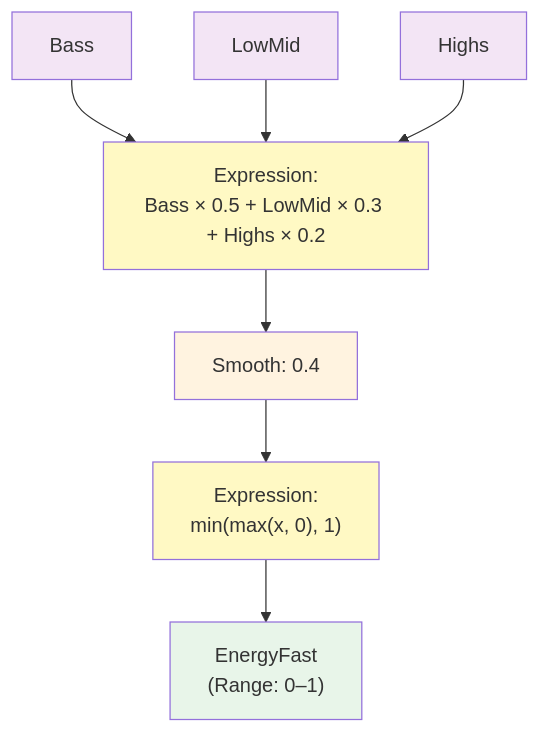
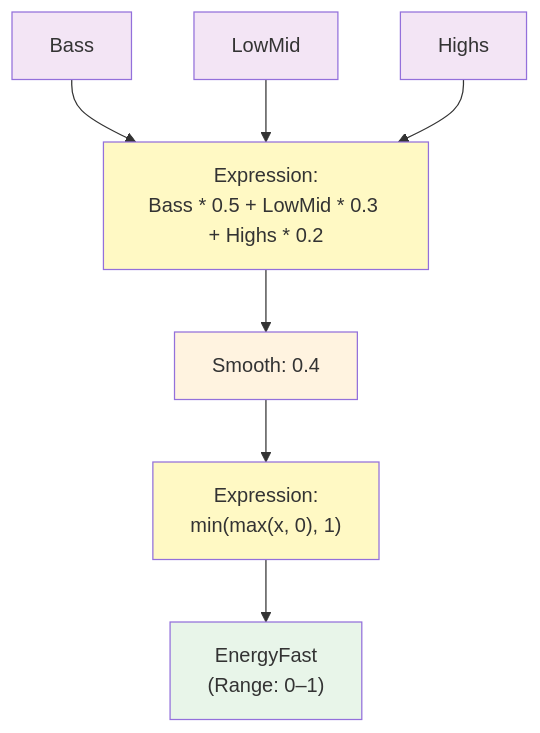
Before and after one commit to abossard/synesthesia-visuals: the fifth of 19 diagrams in docs/mmv-master-pipeline-guide.md, drawn with Mermaid. The commit also changed other lines of this file, not shown here.

Commit message:
Fix symbol consistency in MMV guide diagrams

````diff
--- a/docs/mmv-master-pipeline-guide.md
+++ b/docs/mmv-master-pipeline-guide.md
@@ -317,18 +317,18 @@
 ```mermaid
 flowchart TD
-    BASS_IN["Bass"] --> EXPR_E1["Expression:<br/>Bass × 0.5 + LowMid × 0.3 + Highs × 0.2"]
+    BASS_IN["Bass"] --> EXPR_E1["Expression:<br/>Bass * 0.5 + LowMid * 0.3 + Highs * 0.2"]
     LOWMID_IN["LowMid"] --> EXPR_E1
     HIGHS_IN["Highs"] --> EXPR_E1
     
     EXPR_E1 --> SMOOTH_E1["Smooth: 0.4"]
     SMOOTH_E1 --> EXPR_E2["Expression:<br/>min(max(x, 0), 1)"]
     EXPR_E2 --> ENERGY_FAST["EnergyFast<br/>(Range: 0–1)"]
     
     style BASS_IN fill:#f3e5f5
     style LOWMID_IN fill:#f3e5f5
     style HIGHS_IN fill:#f3e5f5
     style EXPR_E1 fill:#fff9c4
     style SMOOTH_E1 fill:#fff3e0
     style EXPR_E2 fill:#fff9c4
     style ENERGY_FAST fill:#e8f5e9
 ```
````
